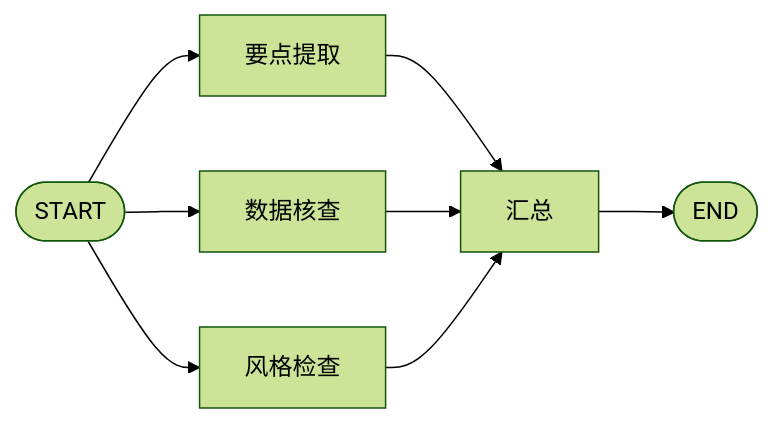
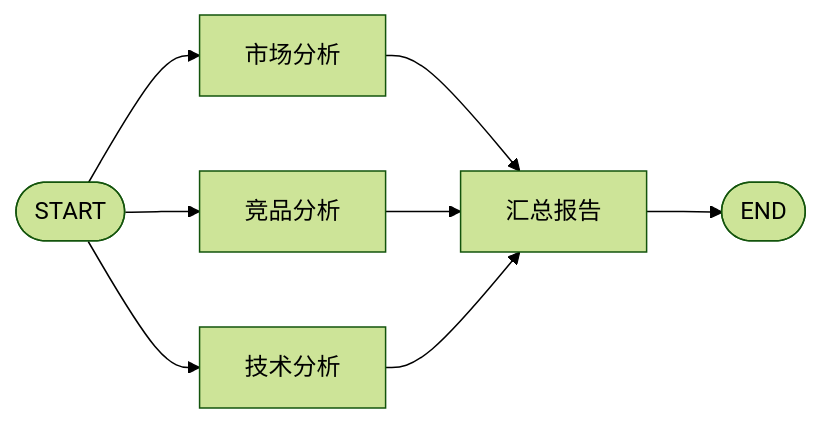
Diagram 13 of 30 in src/content/posts/ai/langgraph-nengli-xiangjie-xuexibiji.md (HandlerOne01/IMiss_Blog), drawn with Mermaid (forest theme) before and after one commit. The commit also changed other lines of this file and 6 other files, not shown here.

````diff
--- a/src/content/posts/ai/langgraph-nengli-xiangjie-xuexibiji.md
+++ b/src/content/posts/ai/langgraph-nengli-xiangjie-xuexibiji.md
@@ -226,10 +1187,10 @@
 ```mermaid
 flowchart LR
-    S([START]) --> A["要点提取"]
-    S --> B["数据核查"]
-    S --> C["风格检查"]
-    A --> D["汇总"]
-    B --> D
-    C --> D
-    D --> E([END])
+    S([START]) --> M[市场分析]
+    S --> C[竞品分析]
+    S --> T[技术分析]
+    M --> R[汇总报告]
+    C --> R
+    T --> R
+    R --> E([END])
 ```
````
